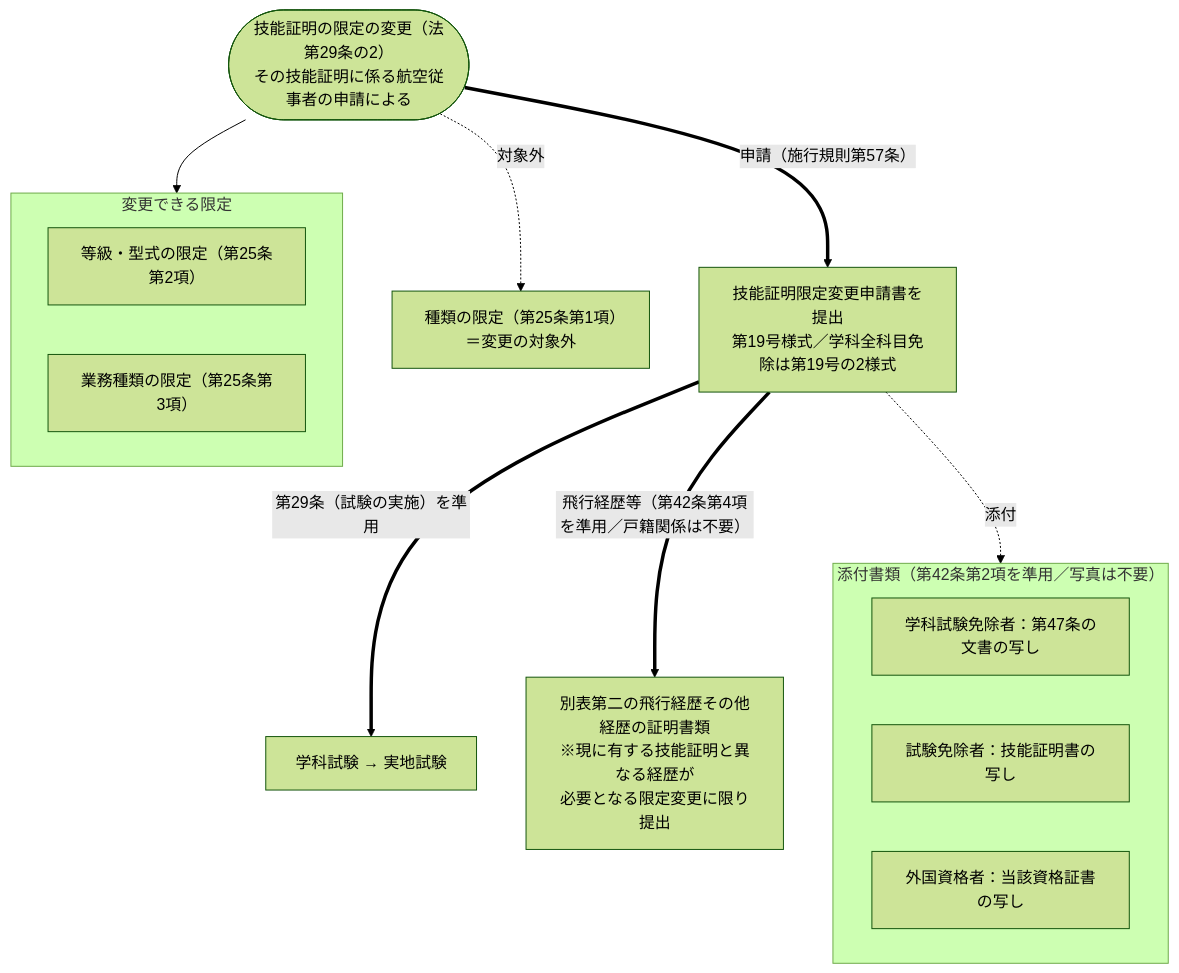
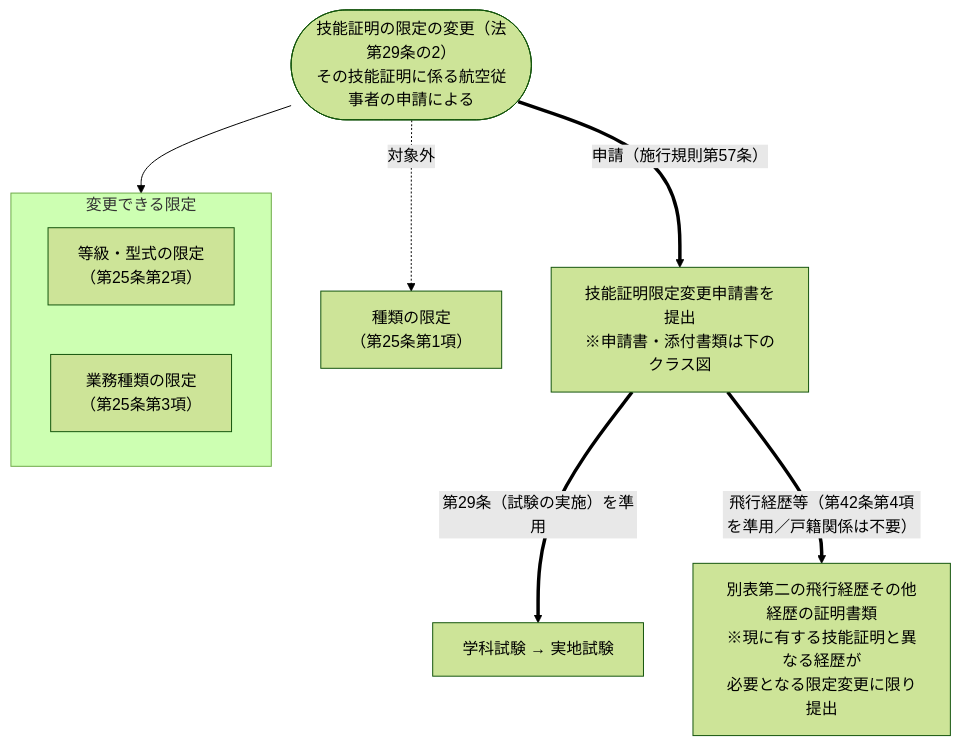
One commit to yonemotoBB/pil changed diagram 14 of 23 in chapters/04_第四章.md. Above: the diagram before and after it, drawn with Mermaid (forest theme). The commit also changed other lines of this file, not shown here.

Commit message:
第二十九条の二 申請書と添付書類をクラス図に分離

````diff
--- a/chapters/04_第四章.md
+++ b/chapters/04_第四章.md
@@ -564,24 +564,16 @@
 ```mermaid
 flowchart TD
     START(["技能証明の限定の変更（法第29条の2）<br>その技能証明に係る航空従事者の申請による"])
 
     subgraph t[変更できる限定]
-        L2["等級・型式の限定（第25条第2項）"]
-        L3["業務種類の限定（第25条第3項）"]
+        L2["等級・型式の限定<br>（第25条第2項）"]
+        L3["業務種類の限定<br>（第25条第3項）"]
     end
-    X["種類の限定（第25条第1項）＝変更の対象外"]
+    X["種類の限定<br>（第25条第1項）"]
     START --> t
     START -. 対象外 .-> X
 
-    START == 申請（施行規則第57条） ==> P["技能証明限定変更申請書を提出<br>第19号様式／学科全科目免除は第19号の2様式"]
-
-    subgraph d[添付書類（第42条第2項を準用／写真は不要）]
-        A2["学科試験免除者：第47条の文書の写し"]
-        A3["試験免除者：技能証明書の写し"]
-        A4["外国資格者：当該資格証書の写し"]
-    end
-    P -. 添付 .-> d
-
+    START == 申請（施行規則第57条） ==> P["技能証明限定変更申請書を提出<br>※申請書・添付書類は下のクラス図"]
     P == 第29条（試験の実施）を準用 ==> EX["学科試験 → 実地試験"]
     P == 飛行経歴等（第42条第4項を準用／戸籍関係は不要） ==> H["別表第二の飛行経歴その他経歴の証明書類<br>※現に有する技能証明と異なる経歴が<br>必要となる限定変更に限り提出"]
 ```
````
